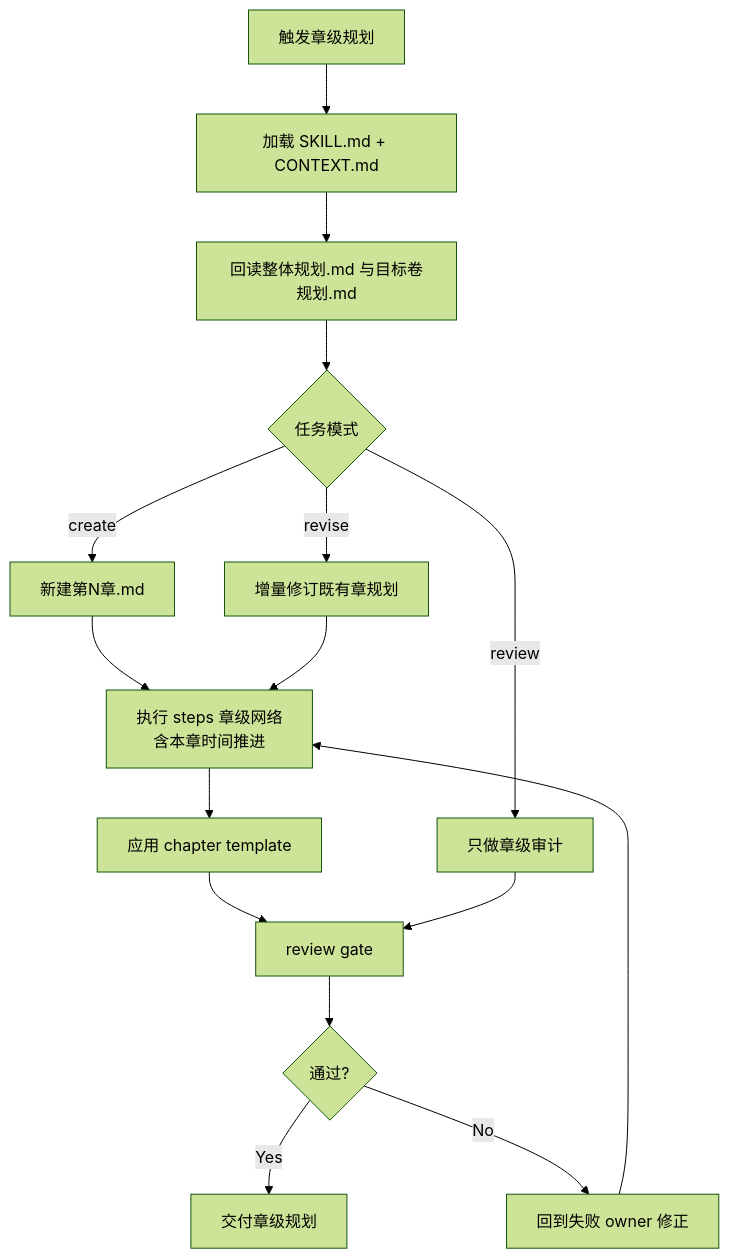
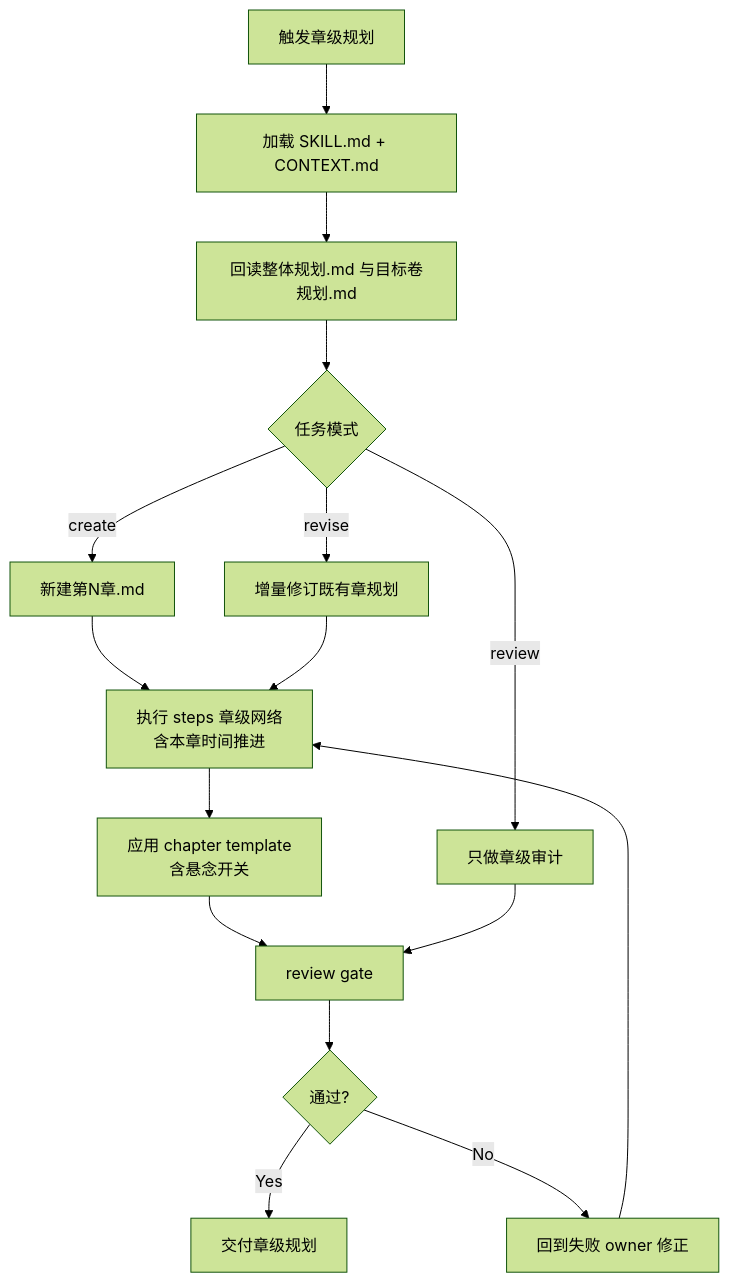
The first of 2 diagrams in .agents/skills/story/2-卷章/3-章级/SKILL.md (ZEN-VOID/AI-CUT), drawn with Mermaid (forest theme) before and after one commit. The commit also changed other lines of this file and 256 other files, not shown here.

````diff
--- a/.agents/skills/story/2-卷章/3-章级/SKILL.md
+++ b/.agents/skills/story/2-卷章/3-章级/SKILL.md
@@ -51,18 +55,18 @@
 ```mermaid
 flowchart TD
     A["触发章级规划"] --> B["加载 SKILL.md + CONTEXT.md"]
     B --> C["回读整体规划.md 与目标卷规划.md"]
     C --> D{"任务模式"}
     D -->|"create"| E["新建第N章.md"]
     D -->|"revise"| F["增量修订既有章规划"]
     D -->|"review"| G["只做章级审计"]
     E --> H["执行 steps 章级网络<br/>含本章时间推进"]
     F --> H
-    H --> J["应用 chapter template"]
+    H --> J["应用 chapter template<br/>含悬念开关"]
     J --> K["review gate"]
     G --> K
     K --> L{"通过?"}
     L -->|"Yes"| M["交付章级规划"]
     L -->|"No"| N["回到失败 owner 修正"]
     N --> H
 ```
````
